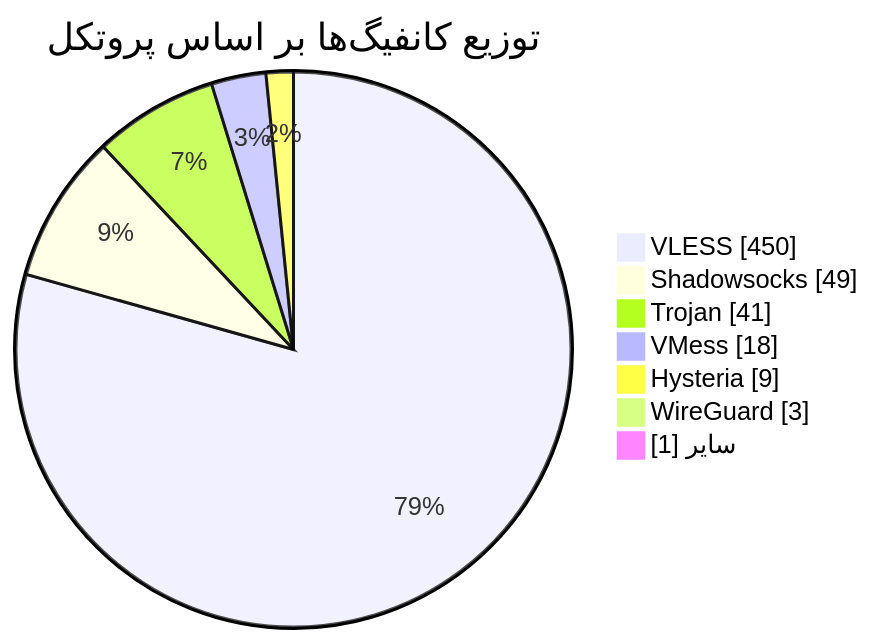
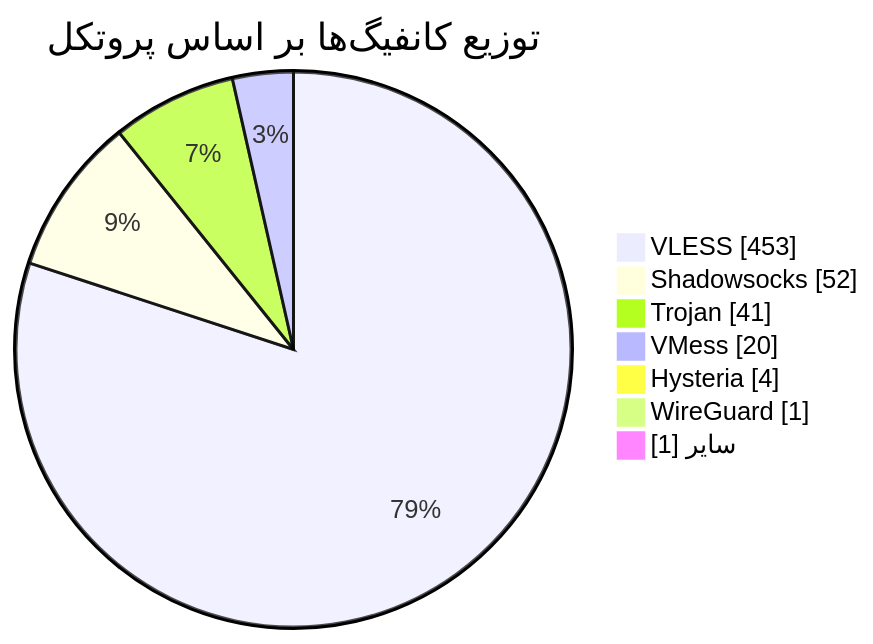
One commit to Arian-Alijani/Somthing changed the diagram in README.md. Above: the diagram before and after it, drawn with Mermaid. The commit also changed other lines of this file and 21 other files, not shown here.

````diff
--- a/README.md
+++ b/README.md
@@ -49,11 +49,11 @@
 ```mermaid
 pie showData
     title توزیع کانفیگ‌ها بر اساس پروتکل
-    "VLESS" : 450
-    "Shadowsocks" : 49
+    "VLESS" : 453
+    "Shadowsocks" : 52
     "Trojan" : 41
-    "VMess" : 18
-    "Hysteria" : 9
-    "WireGuard" : 3
+    "VMess" : 20
+    "Hysteria" : 4
+    "WireGuard" : 1
     "سایر" : 1
 ```
````
